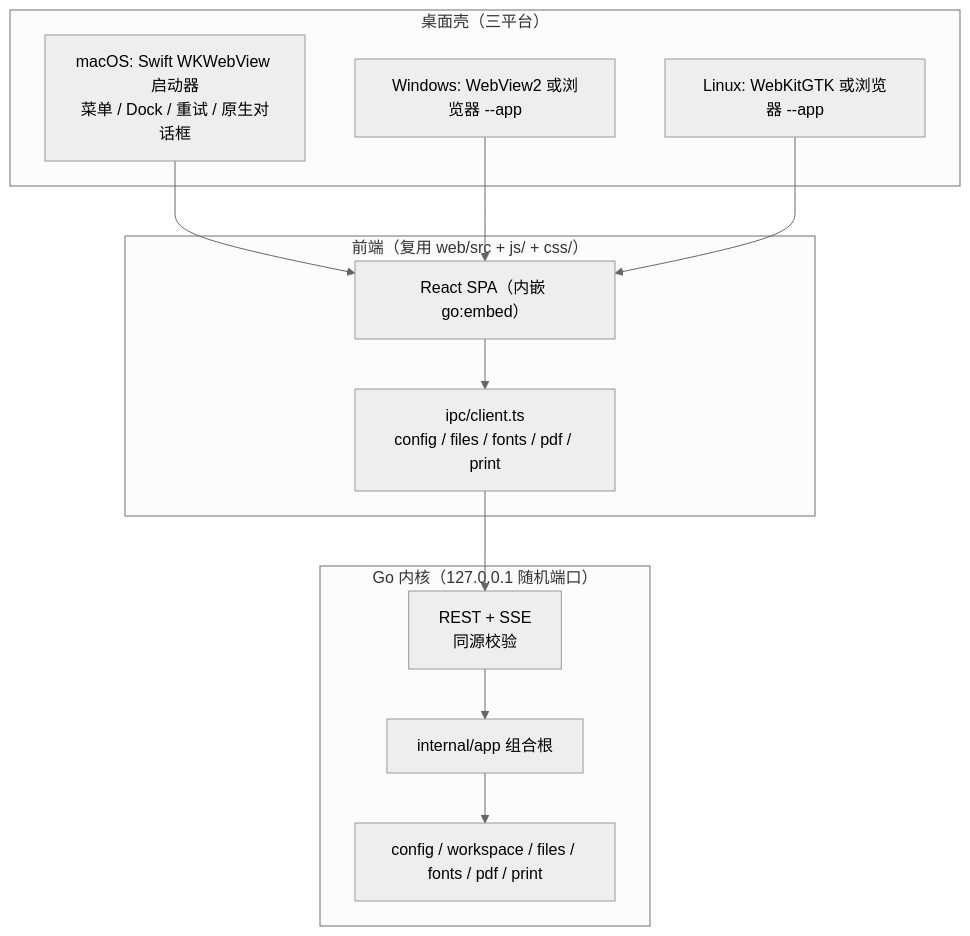
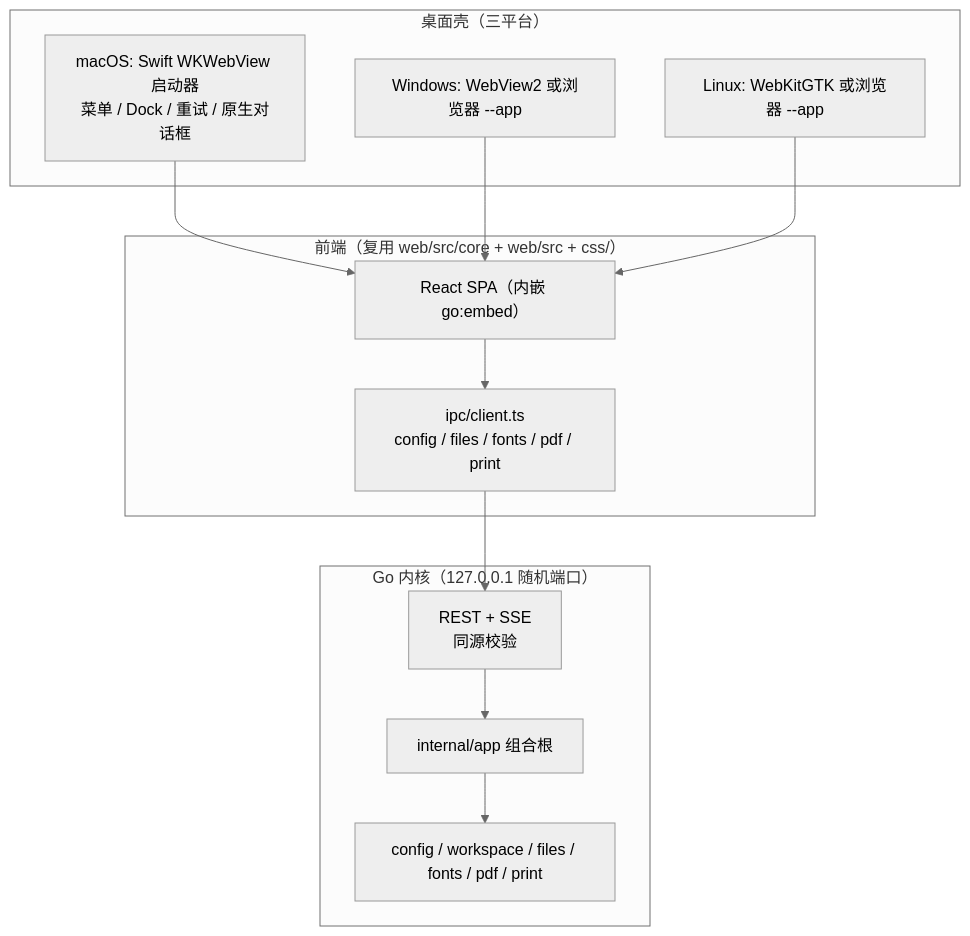
One commit to bubao/motie changed the diagram in doc/desktop-architecture.md. Above: the diagram before and after it, drawn with Mermaid (neutral theme). The commit also changed other lines of this file and 44 other files, not shown here.

First line of the commit message:
refactor: js/ IIFE 迁移为 web/src/core React ESM

````diff
--- a/doc/desktop-architecture.md
+++ b/doc/desktop-architecture.md
@@ -33,21 +33,21 @@
 ```mermaid
 flowchart TB
   subgraph Shell["桌面壳（三平台）"]
     MAC["macOS: Swift WKWebView 启动器<br/>菜单 / Dock / 重试 / 原生对话框"]
     WIN["Windows: WebView2 或浏览器 --app"]
     LNX["Linux: WebKitGTK 或浏览器 --app"]
   end
-  subgraph FE["前端（复用 web/src + js/ + css/）"]
+  subgraph FE["前端（复用 web/src/core + web/src + css/）"]
     UI["React SPA（内嵌 go:embed）"]
     IPC["ipc/client.ts<br/>config / files / fonts / pdf / print"]
   end
   subgraph BE["Go 内核（127.0.0.1 随机端口）"]
     API["REST + SSE<br/>同源校验"]
     APP["internal/app 组合根"]
     SVC["config / workspace / files / fonts / pdf / print"]
   end
   UI --> IPC --> API --> APP --> SVC
   MAC --> UI
   WIN --> UI
   LNX --> UI
 ```
````
